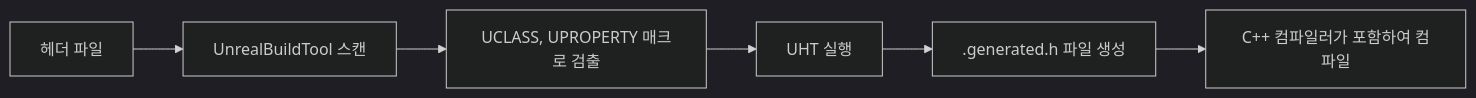
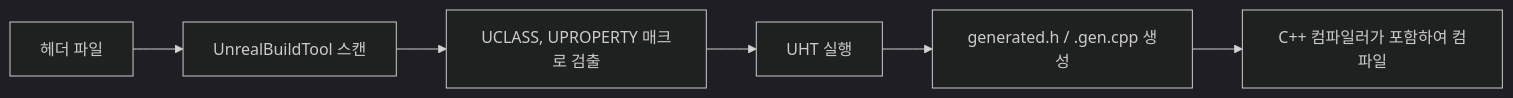
One commit to Rein-ArXiv/game-dev-curriculum changed the diagram in languages/part07_reflection_metadata.md. Above: the diagram before and after it, drawn with Mermaid (dark theme). The commit also changed other lines of this file and 279 other files, not shown here.

````diff
--- a/languages/part07_reflection_metadata.md
+++ b/languages/part07_reflection_metadata.md
@@ -278,8 +289,8 @@
 ```mermaid
 flowchart LR
     A[헤더 파일] --> B[UnrealBuildTool 스캔]
     B --> C[UCLASS, UPROPERTY 매크로 검출]
     C --> D[UHT 실행]
-    D --> E[.generated.h 파일 생성]
+    D --> E[generated.h / .gen.cpp 생성]
     E --> F[C++ 컴파일러가 포함하여 컴파일]
 ```
````
